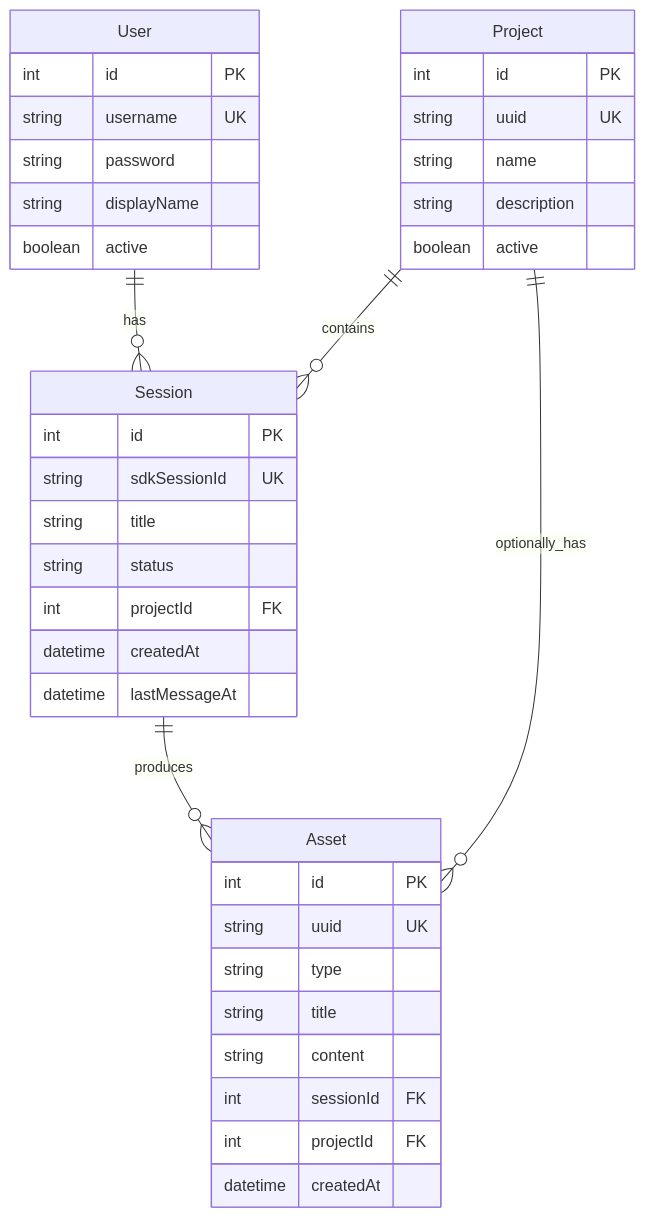
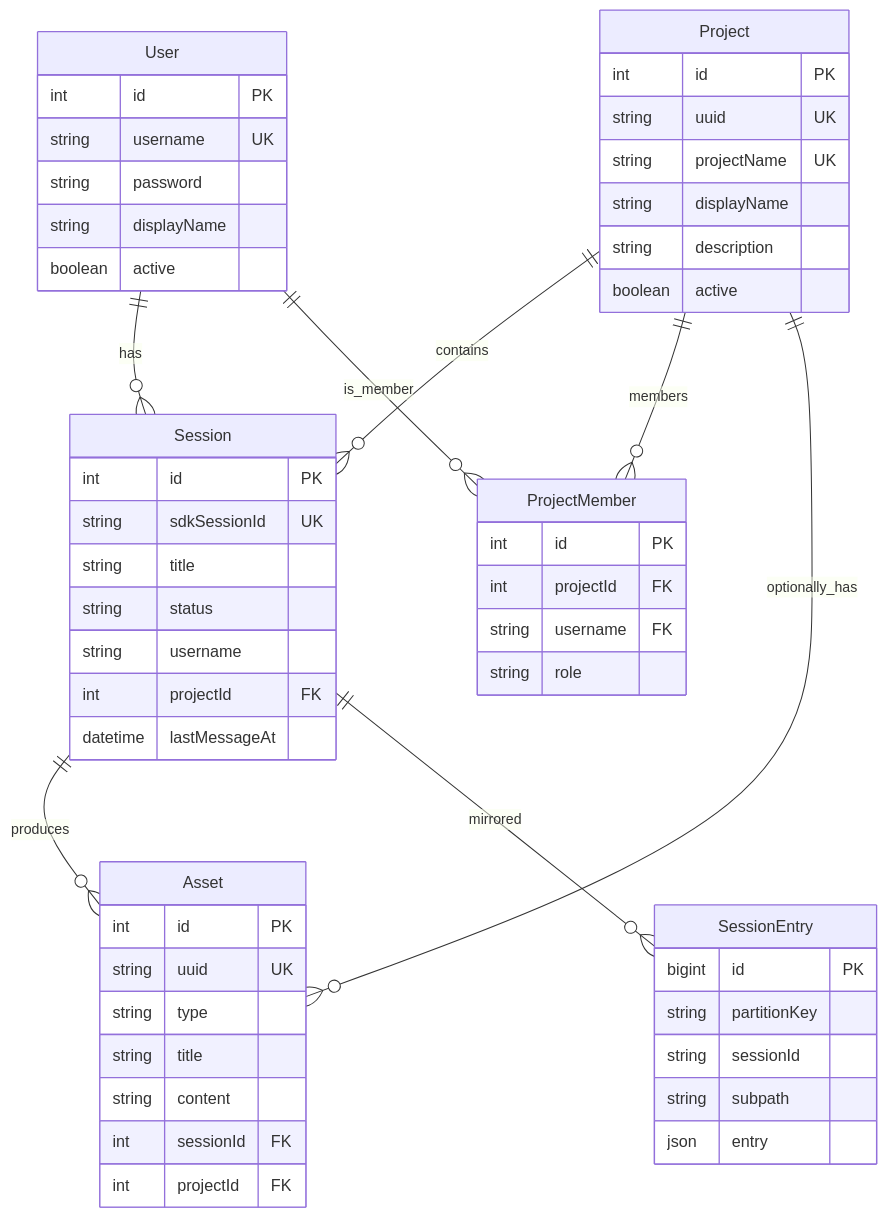
The diagram in docs/2-architecture/data-model.md (billkang/oceanus), drawn with Mermaid before and after one commit. The commit also changed other lines of this file and 76 other files, not shown here.

````diff
--- a/docs/2-architecture/data-model.md
+++ b/docs/2-architecture/data-model.md
@@ -9,41 +9,57 @@
 ```mermaid
 erDiagram
     User ||--o{ Session : has
+    User ||--o{ ProjectMember : is_member
     Project ||--o{ Session : contains
+    Project ||--o{ ProjectMember : members
+    Project ||--o{ Asset : optionally_has
     Session ||--o{ Asset : produces
-    Project ||--o{ Asset : optionally_has
+    Session ||--o{ SessionEntry : mirrored
 
     User {
         int id PK
         string username UK
         string password
         string displayName
         boolean active
     }
     Project {
         int id PK
         string uuid UK
-        string name
+        string projectName UK
+        string displayName
         string description
         boolean active
+    }
+    ProjectMember {
+        int id PK
+        int projectId FK
+        string username FK
+        string role
     }
     Session {
         int id PK
         string sdkSessionId UK
         string title
         string status
+        string username
         int projectId FK
-        datetime createdAt
         datetime lastMessageAt
+    }
+    SessionEntry {
+        bigint id PK
+        string partitionKey
+        string sessionId
+        string subpath
+        json entry
     }
     Asset {
         int id PK
         string uuid UK
         string type
         string title
         string content
         int sessionId FK
         int projectId FK
-        datetime createdAt
     }
 ```
````
